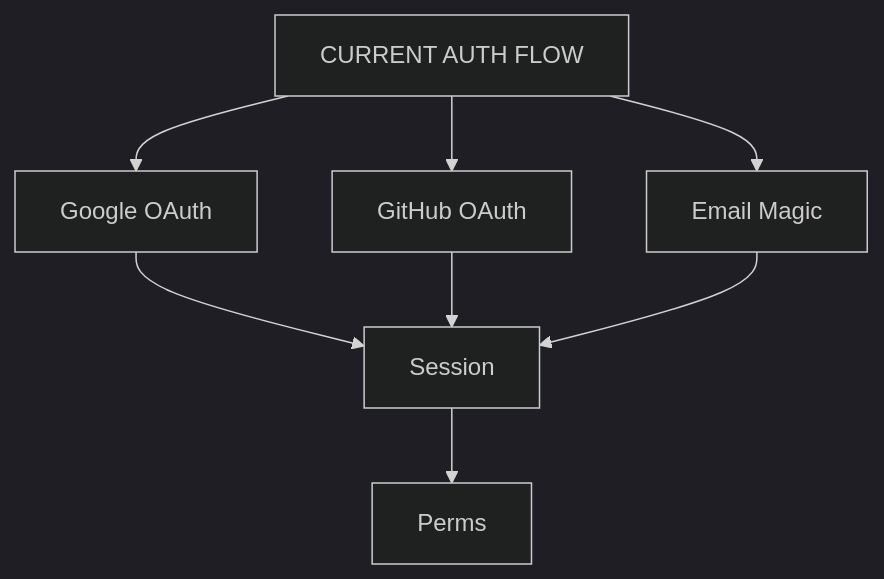
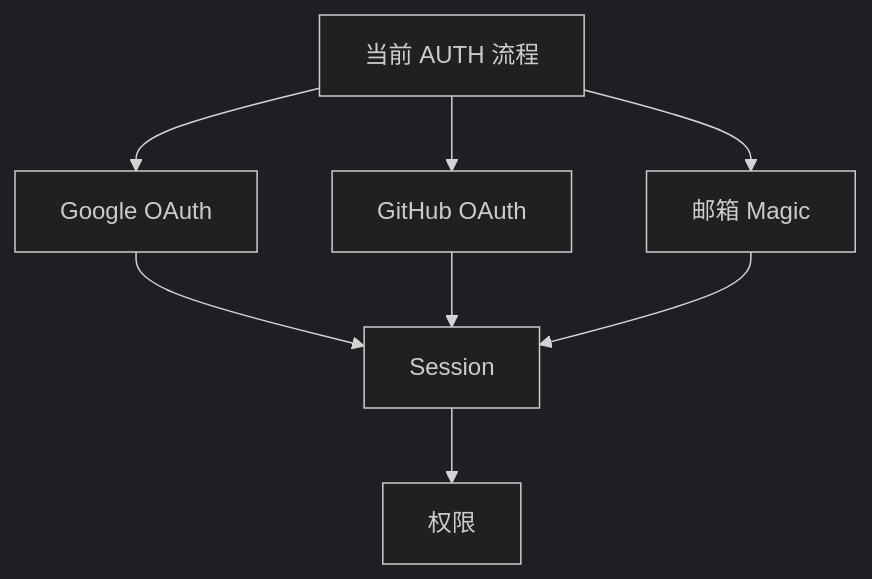
The third of 4 diagrams in references/explore.md (Kirky-X/specmark), drawn with Mermaid (dark theme) before and after one commit. The commit also changed other lines of this file and 11 other files, not shown here.

````diff
--- a/references/explore.md
+++ b/references/explore.md
@@ -163,10 +163,10 @@
 ```mermaid
 flowchart TD
-  Title["CURRENT AUTH FLOW"] --> Google["Google OAuth"]
+  Title["当前 AUTH 流程"] --> Google["Google OAuth"]
   Title --> GitHub["GitHub OAuth"]
-  Title --> Email["Email Magic"]
+  Title --> Email["邮箱 Magic"]
   Google --> Session["Session"]
   GitHub --> Session
   Email --> Session
-  Session --> Perms["Perms"]
+  Session --> Perms["权限"]
 ```
````
